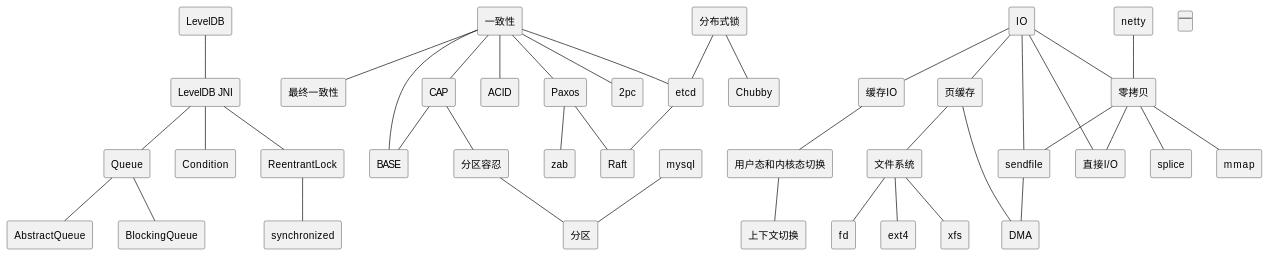
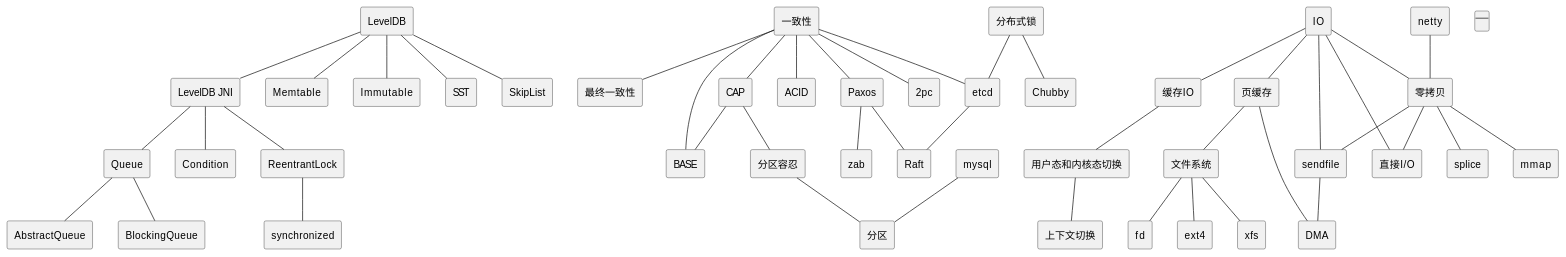
The diagram in content/post/archive-1/2015-08-06-dev.md (wiloon/blog), drawn with PlantUML before and after one commit. The commit also changed 1 other file, not shown here.

Commit message:
SkipList

```diff
--- a/content/post/archive-1/2015-08-06-dev.md
+++ b/content/post/archive-1/2015-08-06-dev.md
@@ -97,6 +97,14 @@
 [LevelDB] as leveldb
 [LevelDB JNI] as leveldb_jni
 leveldb--leveldb_jni
+[Memtable]
+leveldb--Memtable
+[Immutable]
+leveldb--Immutable
+[SST] as sst
+leveldb--sst 
+[SkipList]
+leveldb--SkipList   
 [Queue] as queue
 leveldb_jni--queue
 [AbstractQueue] 
```
